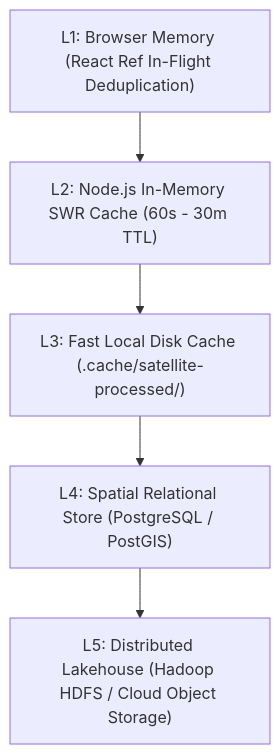
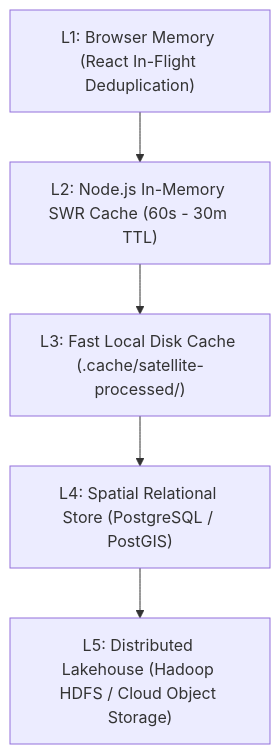
One commit to shrishailad24/ORBINEX changed the third of 3 diagrams in ORBINEX_TECHNICAL_ARCHITECTURE.md. Above: the diagram before and after it, drawn with Mermaid. The commit also changed other lines of this file and 4 other files, not shown here.

Commit message:
docs: update canonical roadmap, technical architecture, risk register, and VHR multi-resolution satellite specs

````diff
--- a/ORBINEX_TECHNICAL_ARCHITECTURE.md
+++ b/ORBINEX_TECHNICAL_ARCHITECTURE.md
@@ -150,7 +142,7 @@
 ```mermaid
 flowchart TD
-    L1["L1: Browser Memory (React Ref In-Flight Deduplication)"] --> L2["L2: Node.js In-Memory SWR Cache (60s - 30m TTL)"]
+    L1["L1: Browser Memory (React In-Flight Deduplication)"] --> L2["L2: Node.js In-Memory SWR Cache (60s - 30m TTL)"]
     L2 --> L3["L3: Fast Local Disk Cache (.cache/satellite-processed/)"]
     L3 --> L4["L4: Spatial Relational Store (PostgreSQL / PostGIS)"]
     L4 --> L5["L5: Distributed Lakehouse (Hadoop HDFS / Cloud Object Storage)"]
 ```
````
